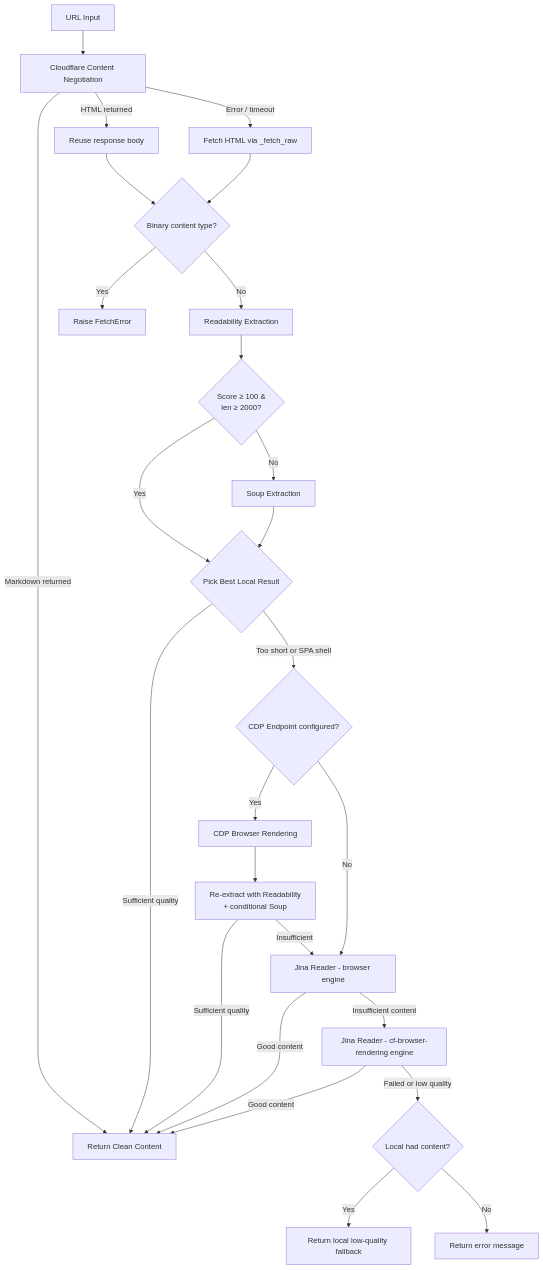
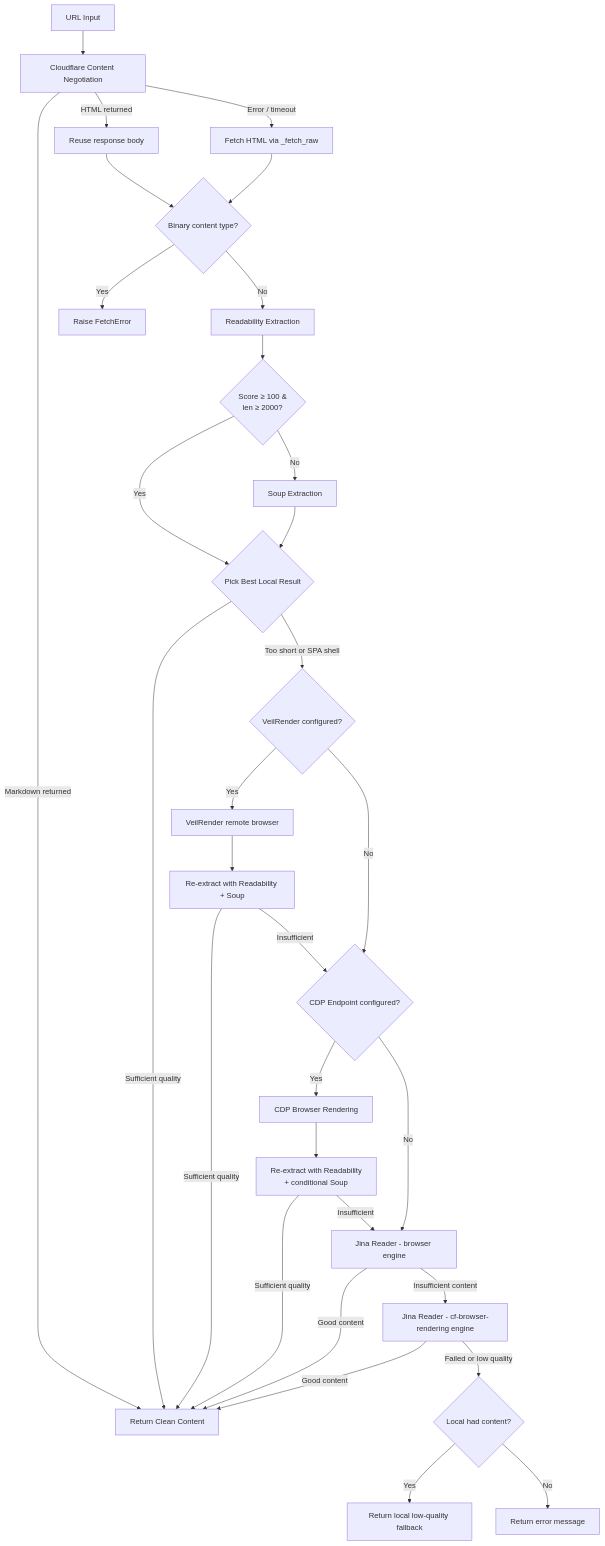
The diagram in docs/tools/websearch/web_fetch_tool.md (Oaklight/toolregistry-hub), drawn with Mermaid before and after one commit. The commit also changed other lines of this file and 1 other file, not shown here.

Commit message:
docs: add VEILRENDER vars, WEBSEARCH_PARALLEL_ENGINES to env ref; update web_fetch_tool for VeilRender stage, strategy param, FetchResult [docs_en]

````diff
--- a/docs/tools/websearch/web_fetch_tool.md
+++ b/docs/tools/websearch/web_fetch_tool.md
@@ -99,30 +103,35 @@
 ```mermaid
 flowchart TD
     A[URL Input] --> B[Cloudflare Content Negotiation]
     B -->|Markdown returned| Z[Return Clean Content]
     B -->|HTML returned| REUSE[Reuse response body]
     B -->|Error / timeout| C[Fetch HTML via _fetch_raw]
     REUSE --> BIN{Binary content type?}
     C --> BIN
     BIN -->|Yes| ERR[Raise FetchError]
     BIN -->|No| D[Readability Extraction]
     D --> SK{Score ≥ 100 &
     len ≥ 2000?}
     SK -->|Yes| F{Pick Best Local Result}
     SK -->|No| E[Soup Extraction]
     E --> F
     F -->|Sufficient quality| Z
-    F -->|Too short or SPA shell| CDP{CDP Endpoint configured?}
+    F -->|Too short or SPA shell| VR{VeilRender configured?}
+    VR -->|Yes| VR1[VeilRender remote browser]
+    VR1 --> VR2[Re-extract with Readability + Soup]
+    VR2 -->|Sufficient quality| Z
+    VR2 -->|Insufficient| CDP{CDP Endpoint configured?}
+    VR -->|No| CDP
     CDP -->|Yes| CDP1[CDP Browser Rendering]
     CDP1 --> CDP2[Re-extract with Readability
     + conditional Soup]
     CDP2 -->|Sufficient quality| Z
     CDP2 -->|Insufficient| G[Jina Reader - browser engine]
     CDP -->|No| G
     G -->|Good content| Z
     G -->|Insufficient content| G2[Jina Reader - cf-browser-rendering engine]
     G2 -->|Good content| Z
     G2 -->|Failed or low quality| H{Local had content?}
     H -->|Yes| I[Return local low-quality fallback]
     H -->|No| J[Return error message]
 ```
````
